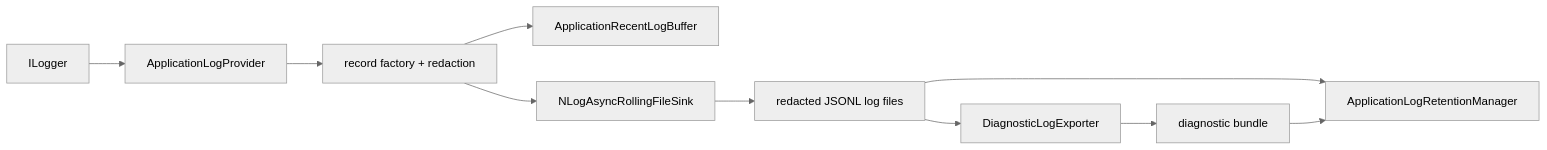
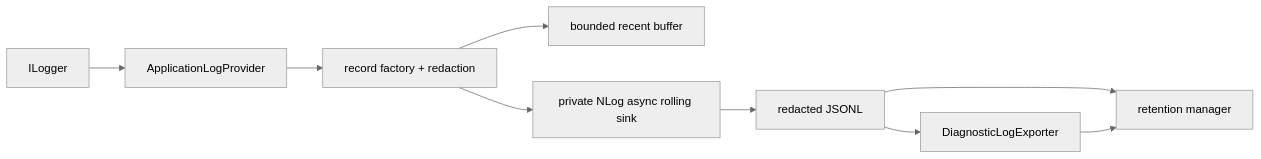
One commit to 403a/downkyicore changed the diagram in docs/design-docs/logging-ownership-sink-adr.md. Above: the diagram before and after it, drawn with Mermaid (neutral theme). The commit also changed other lines of this file and 3 other files, not shown here.

````diff
--- a/docs/design-docs/logging-ownership-sink-adr.md
+++ b/docs/design-docs/logging-ownership-sink-adr.md
@@ -92,12 +9,11 @@
 ```mermaid
 flowchart LR
     Logger["ILogger<T>"] --> Provider["ApplicationLogProvider"]
     Provider --> Redaction["record factory + redaction"]
-    Redaction --> Buffer["ApplicationRecentLogBuffer"]
-    Redaction --> Sink["NLogAsyncRollingFileSink"]
-    Sink --> Files["redacted JSONL log files"]
-    Files --> Exporter["DiagnosticLogExporter"]
-    Exporter --> Bundle["diagnostic bundle"]
-    Files --> Retention["ApplicationLogRetentionManager"]
-    Bundle --> Retention
+    Redaction --> Recent["bounded recent buffer"]
+    Redaction --> Sink["private NLog async rolling sink"]
+    Sink --> Files["redacted JSONL"]
+    Files --> Export["DiagnosticLogExporter"]
+    Files --> Retention["retention manager"]
+    Export --> Retention
 ```
````
